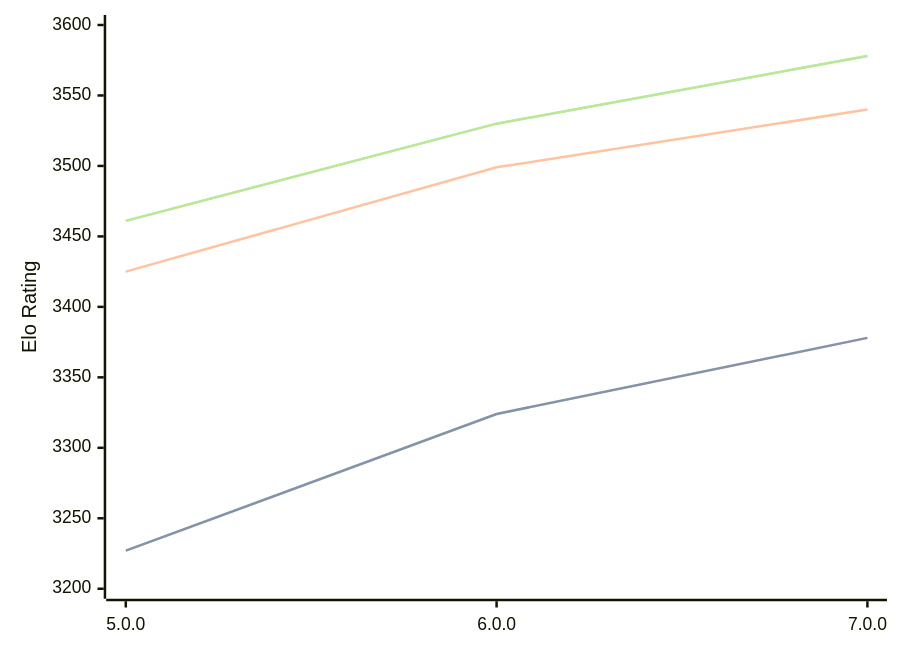
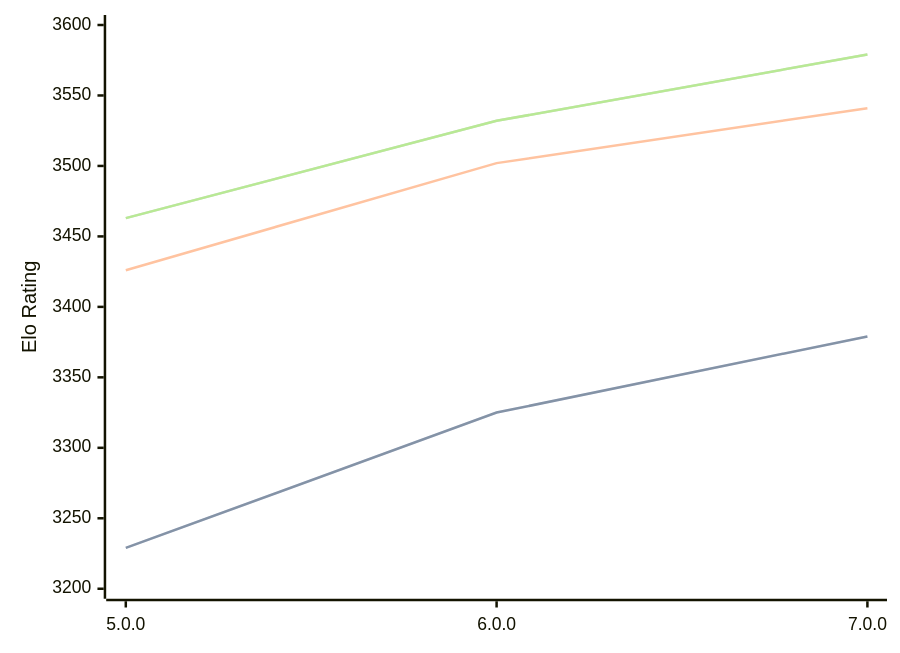
Before and after one commit to computer-chess-index/cci: the diagram in engines/Stormphrax.md, drawn with Mermaid. The commit also changed other lines of this file, not shown here.

Commit message:
Update CCI Ratings (ELO VLTC) - 2026-04-11

````diff
--- a/engines/Stormphrax.md
+++ b/engines/Stormphrax.md
@@ -38,11 +38,11 @@
 ```mermaid
 %%{init: {"theme":"base","themeVariables":{"seriesColors:['#a3a3a3','#222221','#faa371']}}}%%
 xychart-beta
   x-axis ["5.0.0", "6.0.0", "7.0.0"]
   y-axis "Elo Rating" 3200 --> 3600
-  line "STC (8.0+0.08s)" [3227, 3324, 3378]
-  line "STC (8.0+0.08s)" [3227, 3324, 3378]
-  line "LTC (60.0+0.60s)" [3425, 3499, 3540]
-  line "VLTC (2m24s+1.12s)" [3461, 3530, 3578]
-  line "VLTC (2m24s+1.12s)" [3461, 3530, 3578]
+  line "STC (8.0+0.08s)" [3229, 3325, 3379]
+  line "STC (8.0+0.08s)" [3229, 3325, 3379]
+  line "LTC (60.0+0.60s)" [3426, 3502, 3541]
+  line "VLTC (2m24s+1.12s)" [3463, 3532, 3579]
+  line "VLTC (2m24s+1.12s)" [3463, 3532, 3579]
 ```
````
